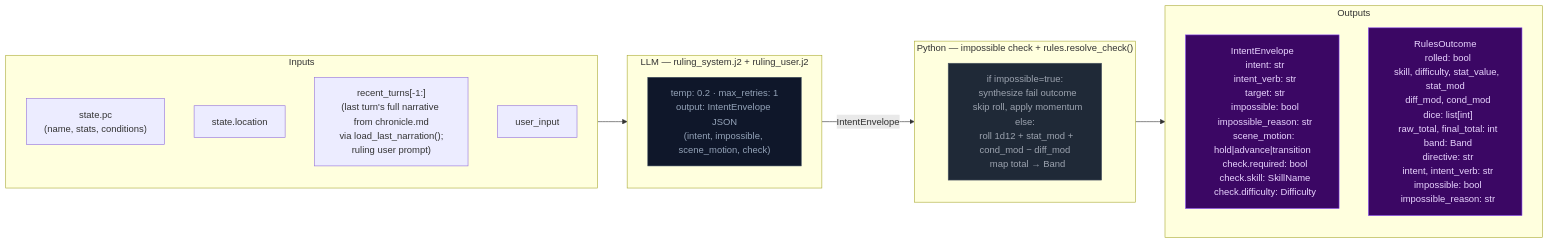
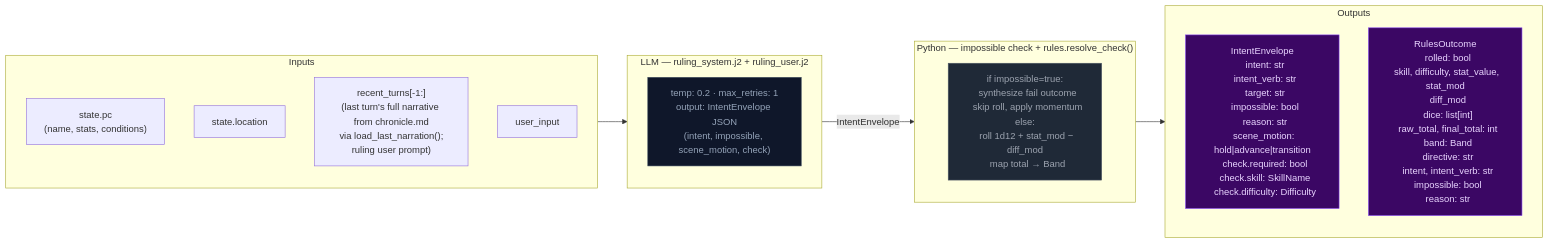
One commit to pww217/fablethread changed the first of 3 diagrams in docs/architecture/step0-ruling.md. Above: the diagram before and after it, drawn with Mermaid. The commit also changed 12 other files, not shown here.

````diff
--- a/docs/architecture/step0-ruling.md
+++ b/docs/architecture/step0-ruling.md
@@ -8,31 +8,31 @@
 ```mermaid
 flowchart LR
     classDef stageRules fill:#4c1d95,color:#ddd6fe,stroke:#7c3aed
     classDef llmNode    fill:#0f172a,color:#94a3b8,stroke:#334155
     classDef pyNode     fill:#1f2937,color:#9ca3af,stroke:#4b5563
     classDef outNode    fill:#3b0764,color:#e9d5ff,stroke:#7c3aed
 
     subgraph IN["Inputs"]
         I1["state.pc<br>(name, stats, conditions)"]
         I2["state.location"]
         I3["recent_turns[-1:]<br>(last turn's full narrative from chronicle.md<br>via load_last_narration();<br>ruling user prompt)"]
         I4["user_input"]
     end
 
     subgraph LLM0["LLM — ruling_system.j2 + ruling_user.j2"]
         L0["temp: 0.2 · max_retries: 1<br>output: IntentEnvelope JSON<br>(intent, impossible, scene_motion, check)"]:::llmNode
     end
 
     subgraph PYRES["Python — impossible check + rules.resolve_check()"]
-        P0["if impossible=true:<br>  synthesize fail outcome<br>  skip roll, apply momentum<br>else:<br>  roll 1d12 + stat_mod + cond_mod − diff_mod<br>  map total → Band"]:::pyNode
+        P0["if impossible=true:<br>  synthesize fail outcome<br>  skip roll, apply momentum<br>else:<br>  roll 1d12 + stat_mod − diff_mod<br>  map total → Band"]:::pyNode
     end
 
     subgraph OUT["Outputs"]
-        O1["IntentEnvelope<br>  intent: str<br>  intent_verb: str<br>  target: str<br>  impossible: bool<br>  impossible_reason: str<br>  scene_motion: hold|advance|transition<br>  check.required: bool<br>  check.skill: SkillName<br>  check.difficulty: Difficulty"]:::outNode
-        O2["RulesOutcome<br>  rolled: bool<br>  skill, difficulty, stat_value, stat_mod<br>  diff_mod, cond_mod<br>  dice: list[int]<br>  raw_total, final_total: int<br>  band: Band<br>  directive: str<br>  intent, intent_verb: str<br>  impossible: bool<br>  impossible_reason: str"]:::outNode
+        O1["IntentEnvelope<br>  intent: str<br>  intent_verb: str<br>  target: str<br>  impossible: bool<br>  reason: str<br>  scene_motion: hold|advance|transition<br>  check.required: bool<br>  check.skill: SkillName<br>  check.difficulty: Difficulty"]:::outNode
+        O2["RulesOutcome<br>  rolled: bool<br>  skill, difficulty, stat_value, stat_mod<br>  diff_mod<br>  dice: list[int]<br>  raw_total, final_total: int<br>  band: Band<br>  directive: str<br>  intent, intent_verb: str<br>  impossible: bool<br>  reason: str"]:::outNode
     end
 
     IN --> LLM0
     LLM0 -- "IntentEnvelope" --> PYRES
     PYRES --> OUT
 ```
````
